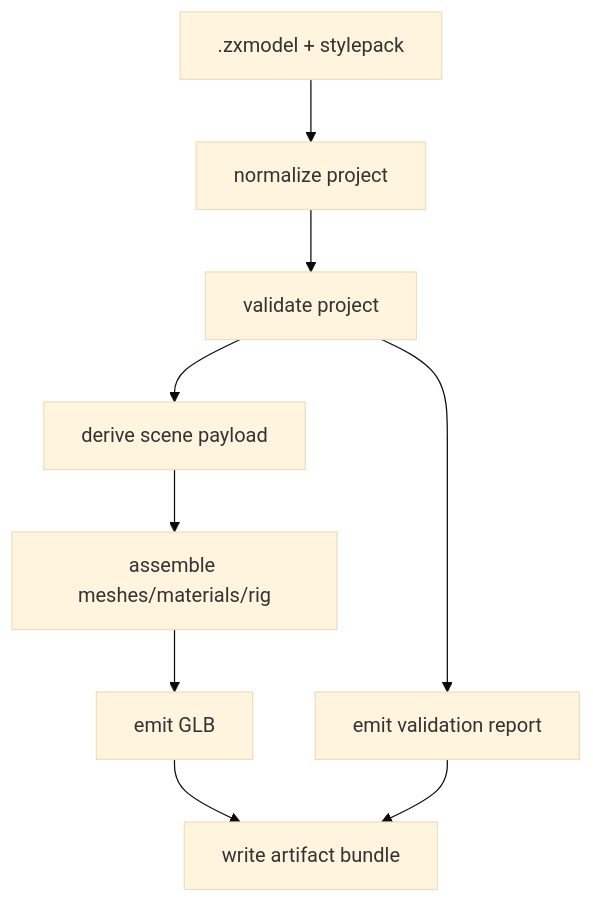
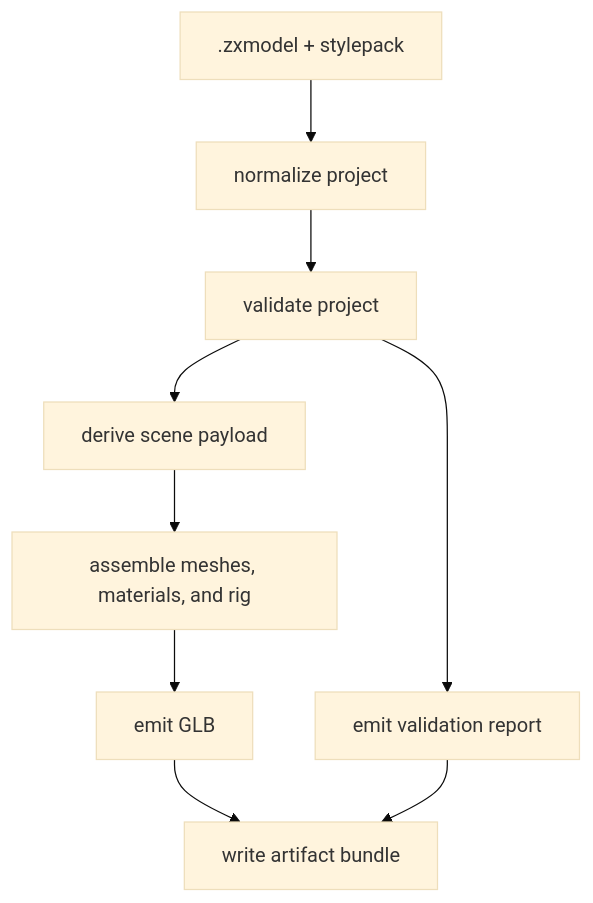
Before and after one commit to RobDavenport/polybash: the second of 2 diagrams in MASTER_SPEC.md, drawn with Mermaid (base theme). The commit also changed other lines of this file and 74 other files, not shown here.

````diff
--- a/MASTER_SPEC.md
+++ b/MASTER_SPEC.md
@@ -993,11 +1063,11 @@
 ```mermaid
 flowchart TD
   A[.zxmodel + stylepack] --> B[normalize project]
   B --> C[validate project]
   C --> D[derive scene payload]
-  D --> E[assemble meshes/materials/rig]
+  D --> E[assemble meshes, materials, and rig]
   E --> F[emit GLB]
   C --> G[emit validation report]
   F --> H[write artifact bundle]
   G --> H
 ```
````
